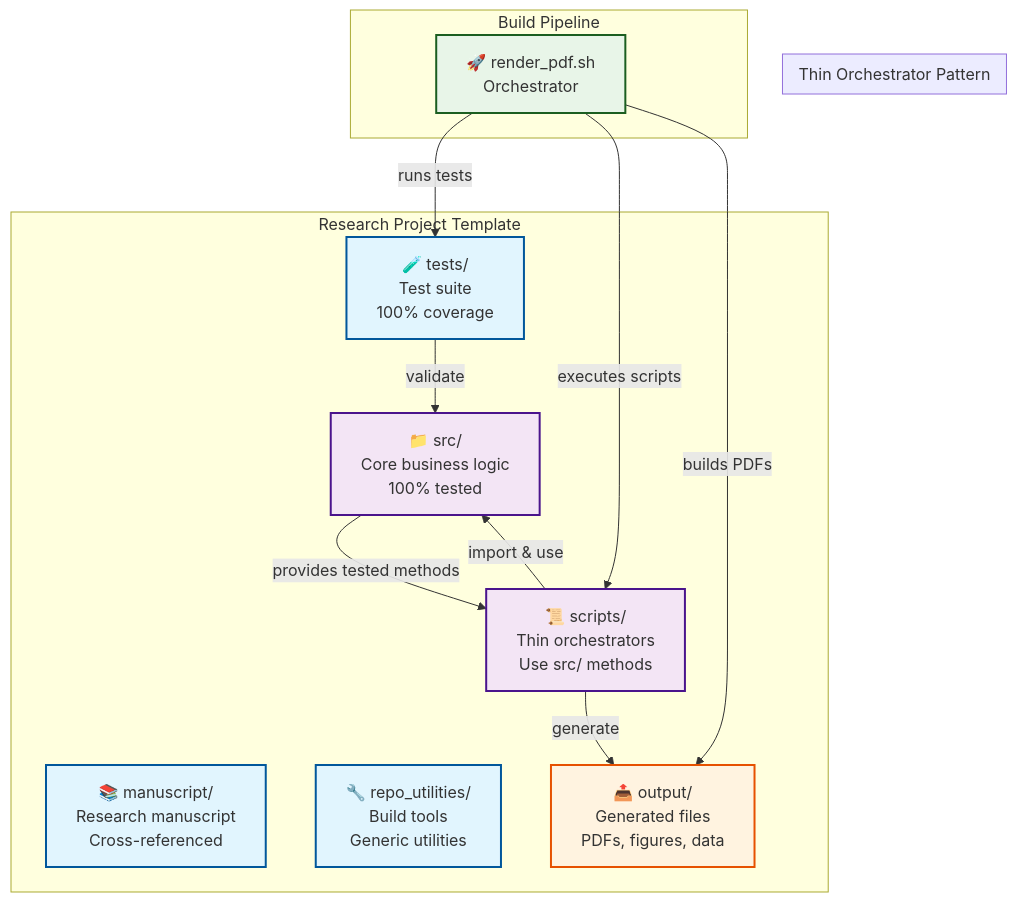
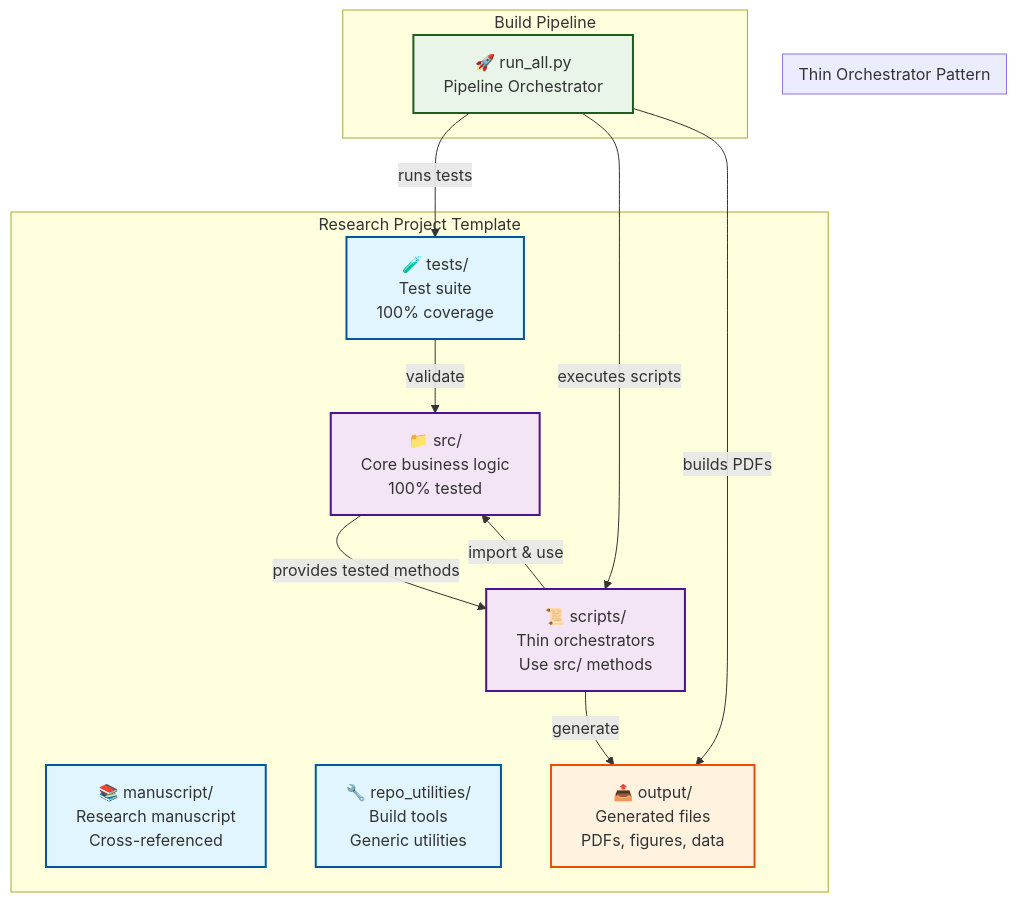
One commit to docxology/template changed the first of 3 diagrams in docs/COPYPASTA.md. Above: the diagram before and after it, drawn with Mermaid. The commit also changed other lines of this file and 176 other files, not shown here.

````diff
--- a/docs/COPYPASTA.md
+++ b/docs/COPYPASTA.md
@@ -245,35 +244,35 @@
 ```mermaid
 graph TB
     subgraph "Research Project Template"
         SRC[📁 src/<br/>Core business logic<br/>100% tested]
         TESTS[🧪 tests/<br/>Test suite<br/>100% coverage]
         SCRIPTS[📜 scripts/<br/>Thin orchestrators<br/>Use src/ methods]
         MANUSCRIPT[📚 manuscript/<br/>Research manuscript<br/>Cross-referenced]
         REPO_UTILS[🔧 repo_utilities/<br/>Build tools<br/>Generic utilities]
         OUTPUT[📤 output/<br/>Generated files<br/>PDFs, figures, data]
     end
     
     subgraph "Thin Orchestrator Pattern"
         SRC -->|"provides tested methods"| SCRIPTS
         SCRIPTS -->|"import & use"| SRC
         SCRIPTS -->|"generate"| OUTPUT
         TESTS -->|"validate"| SRC
     end
     
     subgraph "Build Pipeline"
-        RENDER[🚀 render_pdf.sh<br/>Orchestrator]
+        RENDER[🚀 run_all.py<br/>Pipeline Orchestrator]
         RENDER -->|"runs tests"| TESTS
         RENDER -->|"executes scripts"| SCRIPTS
         RENDER -->|"builds PDFs"| OUTPUT
     end
     
     classDef core fill:#e1f5fe,stroke:#01579b,stroke-width:2px
     classDef pattern fill:#f3e5f5,stroke:#4a148c,stroke-width:2px
     classDef pipeline fill:#e8f5e8,stroke:#1b5e20,stroke-width:2px
     classDef output fill:#fff3e0,stroke:#e65100,stroke-width:2px
     
     class SRC,TESTS,SCRIPTS,MANUSCRIPT,REPO_UTILS core
     class SRC,SCRIPTS pattern
     class RENDER pipeline
     class OUTPUT output
 ```
````
